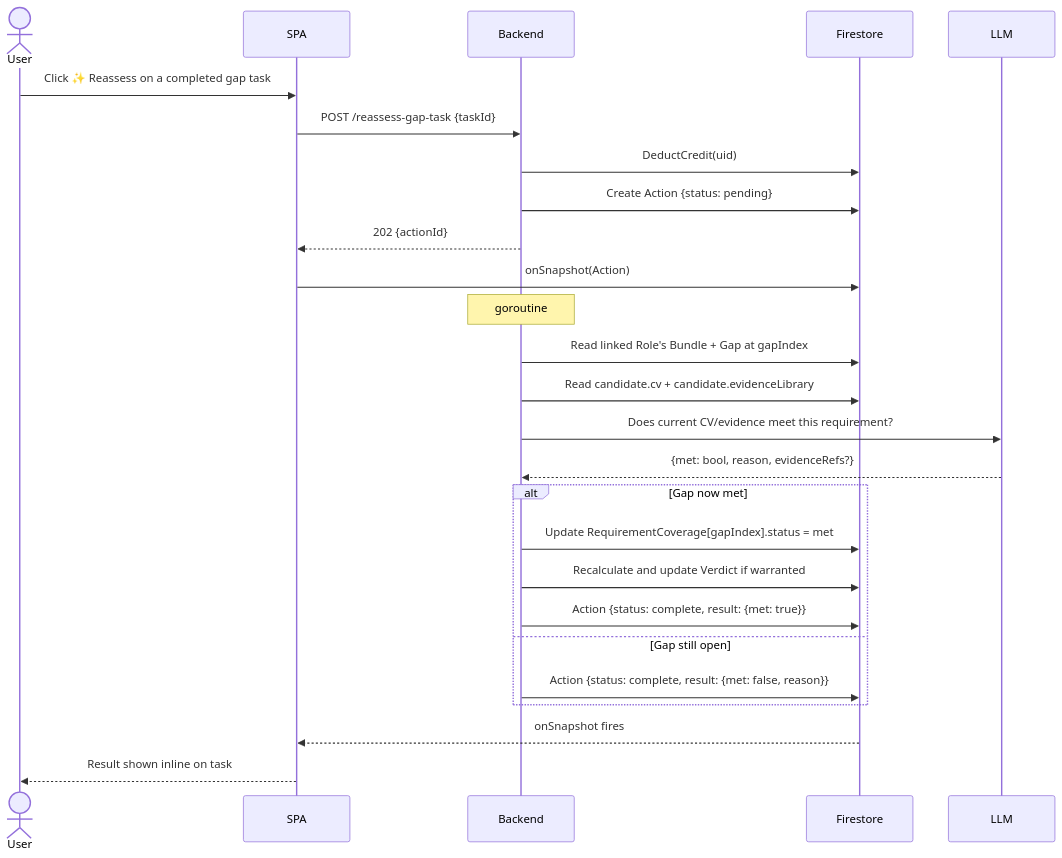
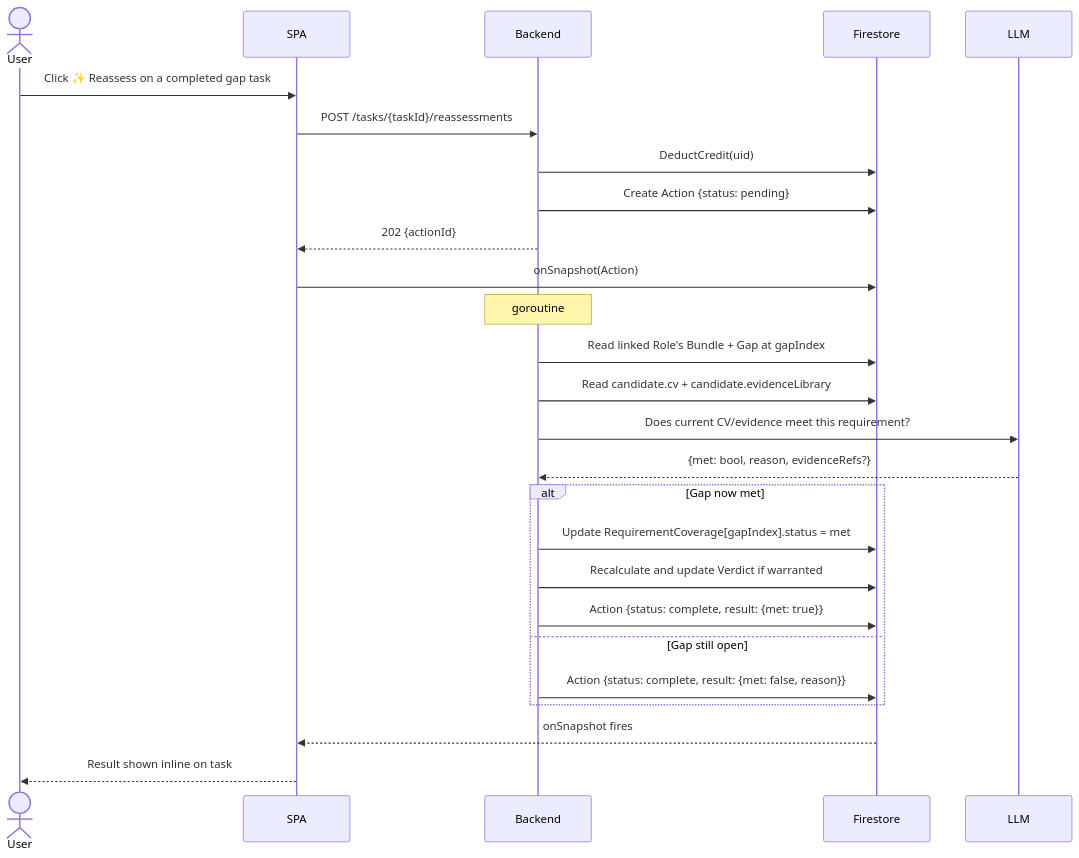
One commit to mnohe/cvai changed the diagram in docs/use_cases/UC-TASK-002-reassess-gap-task.md. Above: the diagram before and after it, drawn with Mermaid. The commit also changed 9 other files, not shown here.

````diff
--- a/docs/use_cases/UC-TASK-002-reassess-gap-task.md
+++ b/docs/use_cases/UC-TASK-002-reassess-gap-task.md
@@ -19,32 +19,32 @@
 ```mermaid
 sequenceDiagram
     actor User
     participant SPA
     participant Backend
     participant Firestore
     participant LLM
 
     User->>SPA: Click ✨ Reassess on a completed gap task
-    SPA->>Backend: POST /reassess-gap-task {taskId}
+    SPA->>Backend: POST /tasks/{taskId}/reassessments
     Backend->>Firestore: DeductCredit(uid)
     Backend->>Firestore: Create Action {status: pending}
     Backend-->>SPA: 202 {actionId}
     SPA->>Firestore: onSnapshot(Action)
 
     Note over Backend: goroutine
     Backend->>Firestore: Read linked Role's Bundle + Gap at gapIndex
     Backend->>Firestore: Read candidate.cv + candidate.evidenceLibrary
     Backend->>LLM: Does current CV/evidence meet this requirement?
     LLM-->>Backend: {met: bool, reason, evidenceRefs?}
 
     alt Gap now met
         Backend->>Firestore: Update RequirementCoverage[gapIndex].status = met
         Backend->>Firestore: Recalculate and update Verdict if warranted
         Backend->>Firestore: Action {status: complete, result: {met: true}}
     else Gap still open
         Backend->>Firestore: Action {status: complete, result: {met: false, reason}}
     end
 
     Firestore-->>SPA: onSnapshot fires
     SPA-->>User: Result shown inline on task
 ```
````
